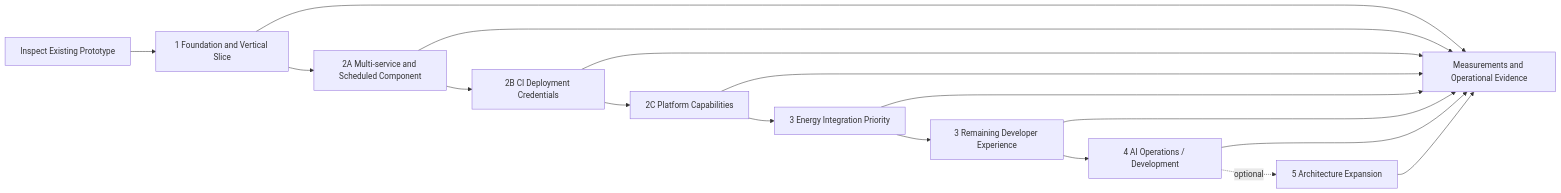
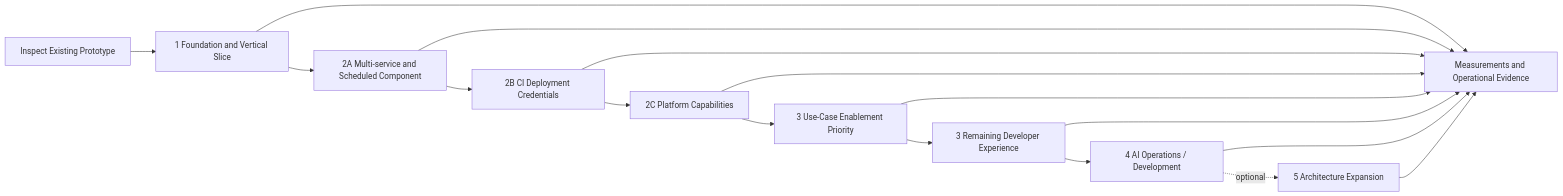
Before and after one commit to eseidinger/developer-platform: the diagram in docs/maintainers/delivery/README.md, drawn with Mermaid. The commit also changed other lines of this file and 15 other files, not shown here.

Commit message:
docs: define generic energy system integration

````diff
--- a/docs/maintainers/delivery/README.md
+++ b/docs/maintainers/delivery/README.md
@@ -34,19 +34,19 @@
 ```mermaid
 flowchart LR
     Baseline["Inspect Existing Prototype"] --> P1["1 Foundation and Vertical Slice"]
     P1 --> P2A["2A Multi-service and Scheduled Component"]
     P2A --> P2B["2B CI Deployment Credentials"]
     P2B --> P2C["2C Platform Capabilities"]
-    P2C --> P3E["3 Energy Integration Priority"]
+    P2C --> P3E["3 Use-Case Enablement Priority"]
     P3E --> P3["3 Remaining Developer Experience"]
     P3 --> P4["4 AI Operations / Development"]
     P4 -. "optional" .-> P5["5 Architecture Expansion"]
     P1 --> Evidence["Measurements and Operational Evidence"]
     P2A --> Evidence
     P2B --> Evidence
     P2C --> Evidence
     P3E --> Evidence
     P3 --> Evidence
     P4 --> Evidence
     P5 --> Evidence
 ```
````
